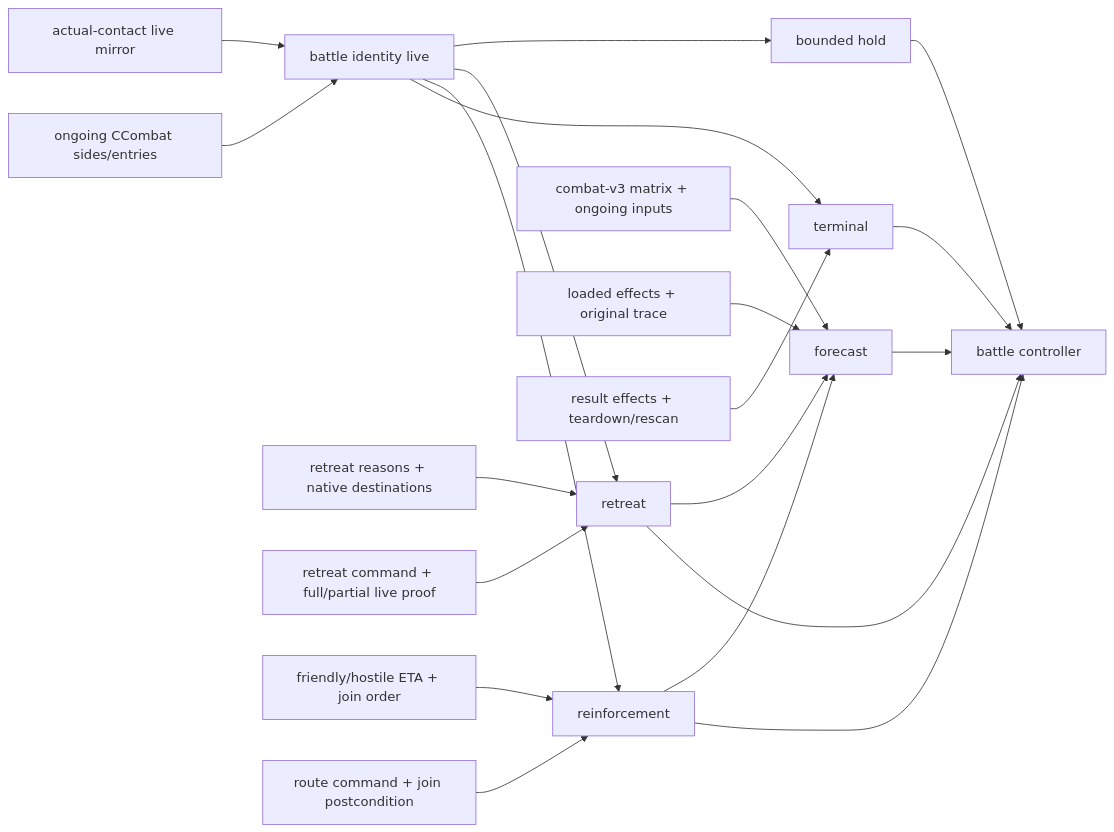
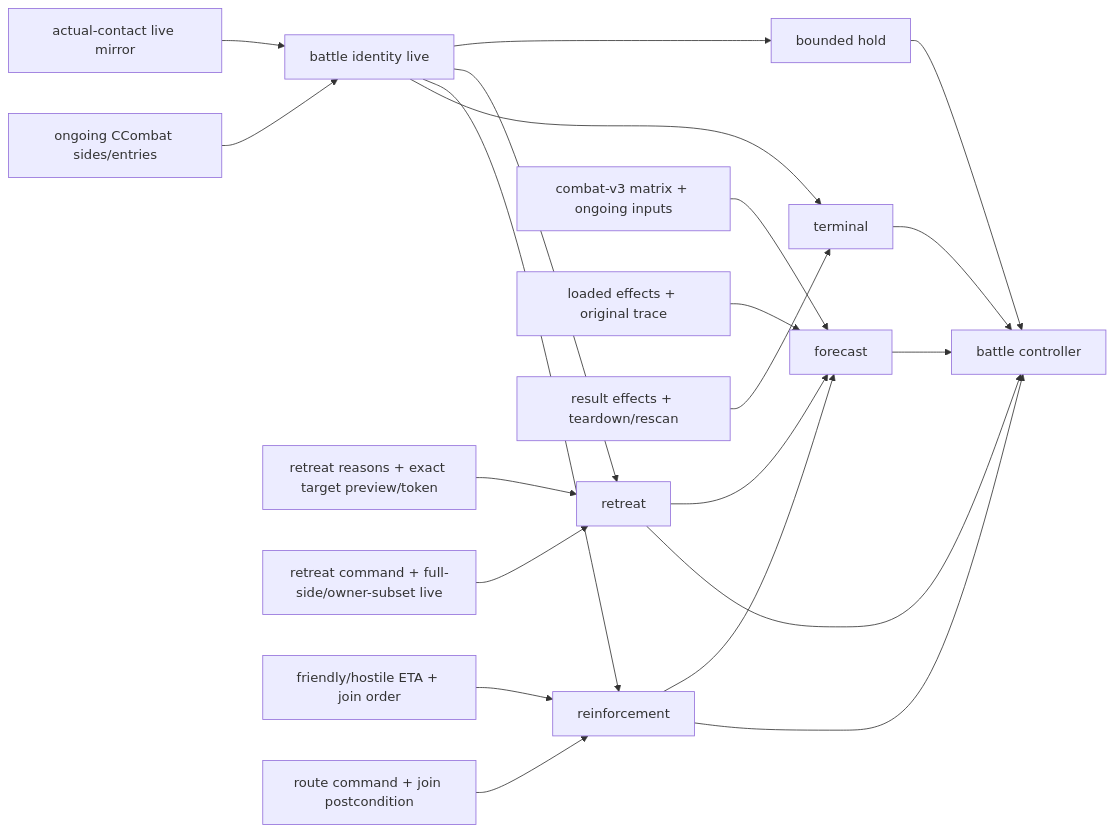
Before and after one commit to XenoAmess/ck3_eternal_recurrence: the fourth of 4 diagrams in docs/ck3-native-ai/battle-controller.md, drawn with Mermaid. The commit also changed other lines of this file and 67 other files, not shown here.

Commit message:
Complete live battle retreat and reinforcement observation

````diff
--- a/docs/ck3-native-ai/battle-controller.md
+++ b/docs/ck3-native-ai/battle-controller.md
@@ -578,23 +608,23 @@
 ```mermaid
 flowchart LR
     AC["actual-contact live mirror"] --> ID["battle identity live"]
     OG["ongoing CCombat sides/entries"] --> ID
     ID --> H["bounded hold"]
     ID --> R["retreat"]
-    RV["retreat reasons + native destinations"] --> R
-    RA["retreat command + full/partial live proof"] --> R
+    RV["retreat reasons + exact target preview/token"] --> R
+    RA["retreat command + full-side/owner-subset live"] --> R
     ID --> RF["reinforcement"]
     ET["friendly/hostile ETA + join order"] --> RF
     RC["route command + join postcondition"] --> RF
     V3["combat-v3 matrix + ongoing inputs"] --> FC["forecast"]
     FX["loaded effects + original trace"] --> FC
     RF --> FC
     R --> FC
     ID --> TR["terminal"]
     BE["result effects + teardown/rescan"] --> TR
     H --> BC["battle controller"]
     R --> BC
     RF --> BC
     FC --> BC
     TR --> BC
 ```
````
